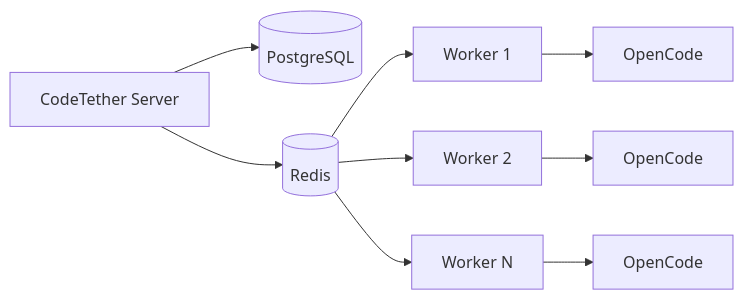
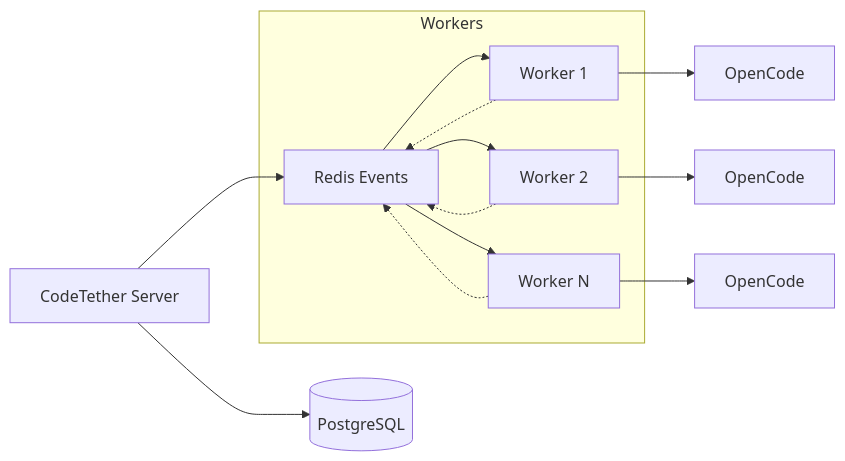
The diagram in codetether-docs/features/distributed-workers.md (rileyseaburg/codetether), drawn with Mermaid before and after one commit. The commit also changed other lines of this file and 25 other files, not shown here.

Commit message:
feat: add PostgreSQL persistence and Redis integration for agent workers

````diff
--- a/codetether-docs/features/distributed-workers.md
+++ b/codetether-docs/features/distributed-workers.md
@@ -85,12 +85,19 @@
 ```mermaid
 graph LR
     S[CodeTether Server] --> PG[(PostgreSQL)]
     S --> R[(Redis)]
-    R --> W1[Worker 1]
-    R --> W2[Worker 2]
-    R --> W3[Worker N]
+
+    subgraph Workers
+        R --> W1[Worker 1]
+        R --> W2[Worker 2]
+        R --> W3[Worker N]
+    end
 
     W1 --> OC1[OpenCode]
     W2 --> OC2[OpenCode]
     W3 --> OC3[OpenCode]
+
+    W1 -.-> R[Redis Events]
+    W2 -.-> R
+    W3 -.-> R
 ```
````
